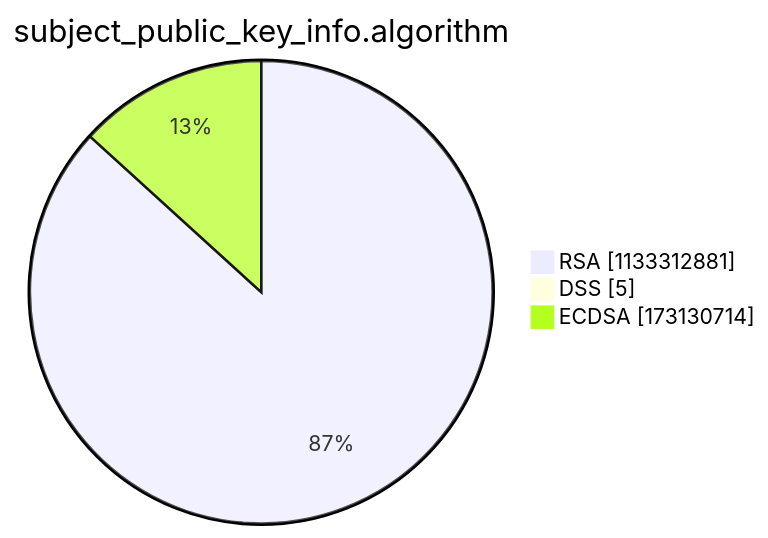
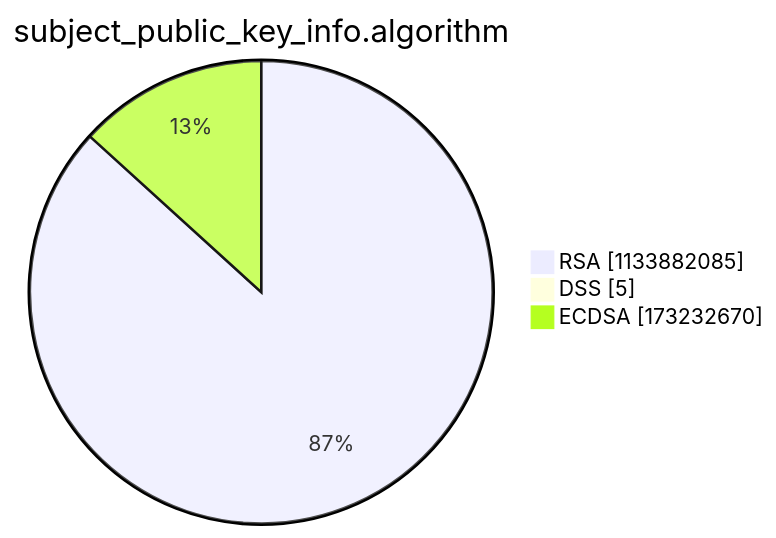
One commit to christiankrug/ctmonitor_visualization changed the third of 15 diagrams in argon2022/README.md. Above: the diagram before and after it, drawn with Mermaid. The commit also changed other lines of this file, not shown here.

````diff
--- a/argon2022/README.md
+++ b/argon2022/README.md
@@ -14,7 +14,7 @@
 ```mermaid
 pie showData
 title subject_public_key_info.algorithm
-"RSA" :1133312881
+"RSA" :1133882085
 "DSS" :5
-"ECDSA" :173130714
+"ECDSA" :173232670
 ```
````
